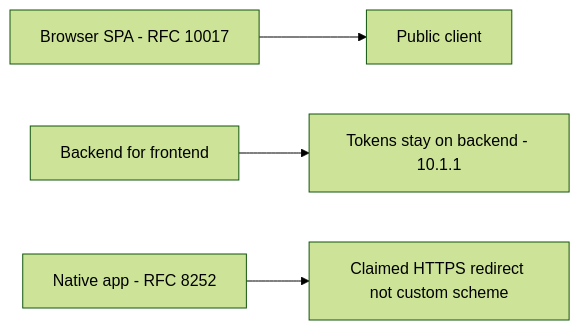
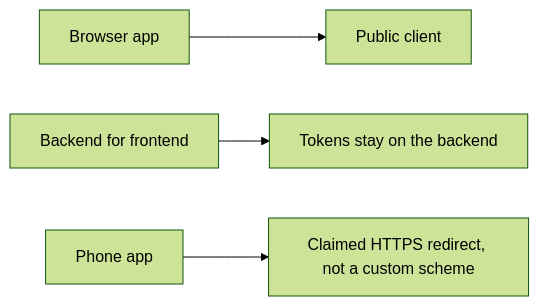
One commit to ishitvagoel/LearnSecurity changed the second of 2 diagrams in content/modules/4/4.5/lessons/01-property.md. Above: the diagram before and after it, drawn with Mermaid (forest theme). The commit also changed other lines of this file and 39 other files, not shown here.

````diff
--- a/content/modules/4/4.5/lessons/01-property.md
+++ b/content/modules/4/4.5/lessons/01-property.md
@@ -33,6 +32,6 @@
 ```mermaid
 flowchart LR
-  SPA["Browser SPA - RFC 10017"] --> Public[Public client]
-  BFF["Backend for frontend"] --> Hidden["Tokens stay on backend - 10.1.1"]
-  Native["Native app - RFC 8252"] --> Redirect["Claimed HTTPS redirect not custom scheme"]
+  SPA["Browser app"] --> Public[Public client]
+  BFF["Backend for frontend"] --> Hidden["Tokens stay on the backend"]
+  Native["Phone app"] --> Redirect["Claimed HTTPS redirect, not a custom scheme"]
 ```
````
